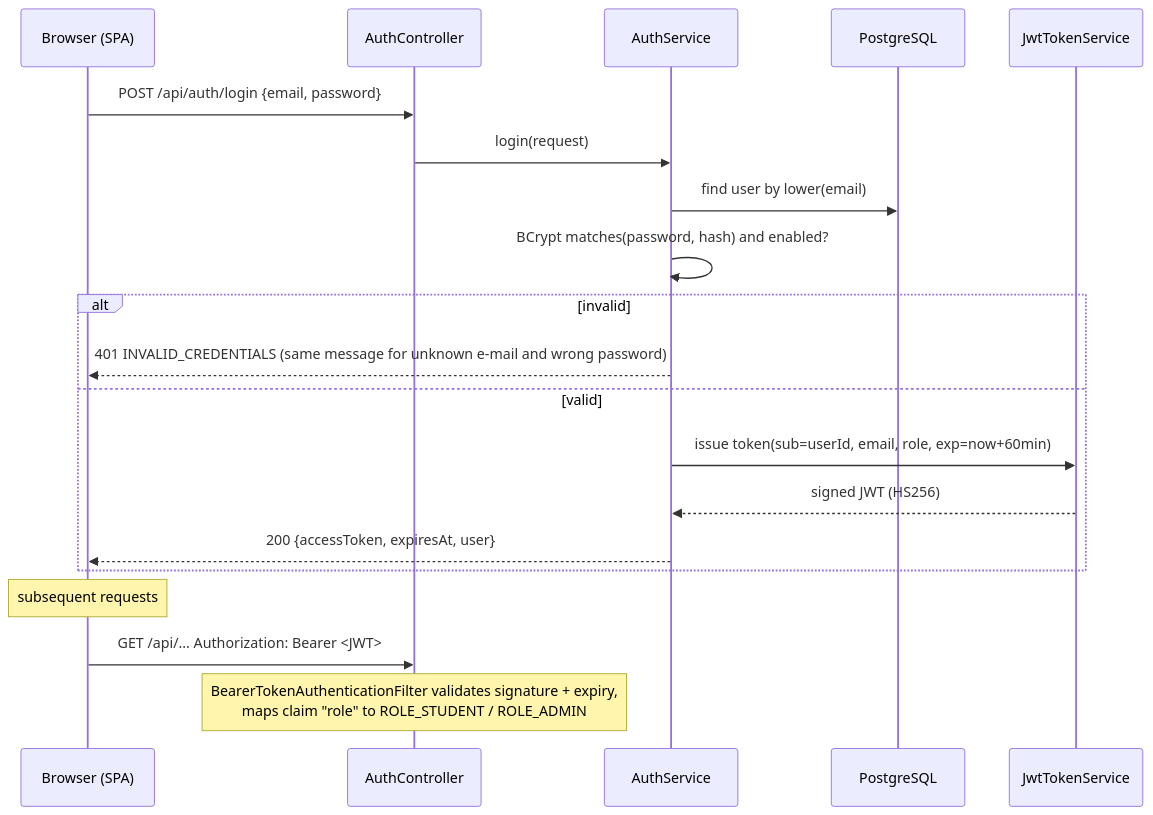
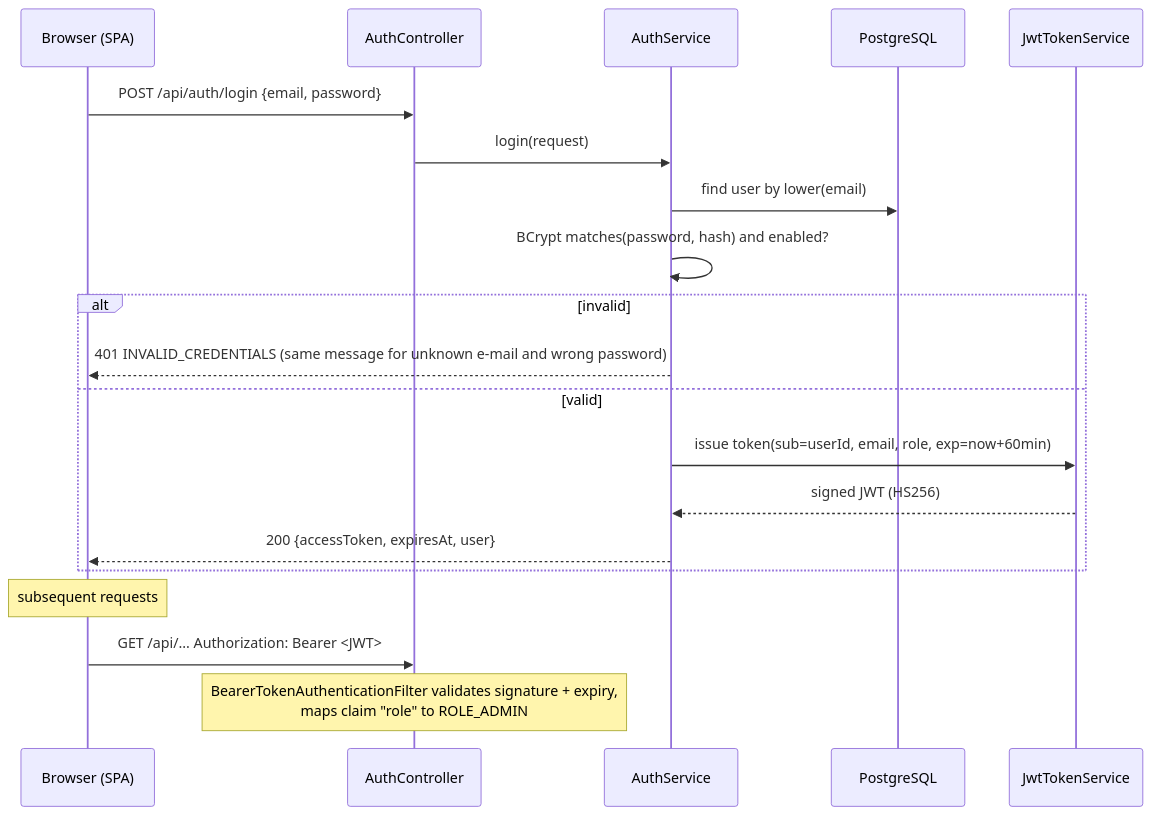
Before and after one commit to baghdasaryanzenfira-spec/cyber-sim: the diagram in docs/en/10-security.md, drawn with Mermaid. The commit also changed other lines of this file and 37 other files, not shown here.

````diff
--- a/docs/en/10-security.md
+++ b/docs/en/10-security.md
@@ -5,22 +8,22 @@
 ```mermaid
 sequenceDiagram
   participant U as Browser (SPA)
   participant A as AuthController
   participant S as AuthService
   participant DB as PostgreSQL
   participant J as JwtTokenService
   U->>A: POST /api/auth/login {email, password}
   A->>S: login(request)
   S->>DB: find user by lower(email)
   S->>S: BCrypt matches(password, hash) and enabled?
   alt invalid
     S-->>U: 401 INVALID_CREDENTIALS (same message for unknown e-mail and wrong password)
   else valid
     S->>J: issue token(sub=userId, email, role, exp=now+60min)
     J-->>S: signed JWT (HS256)
     S-->>U: 200 {accessToken, expiresAt, user}
   end
   Note over U: subsequent requests
   U->>A: GET /api/... Authorization: Bearer <JWT>
-  Note over A: BearerTokenAuthenticationFilter validates signature + expiry,<br/>maps claim "role" to ROLE_STUDENT / ROLE_ADMIN
+  Note over A: BearerTokenAuthenticationFilter validates signature + expiry,<br/>maps claim "role" to ROLE_ADMIN
 ```
````
